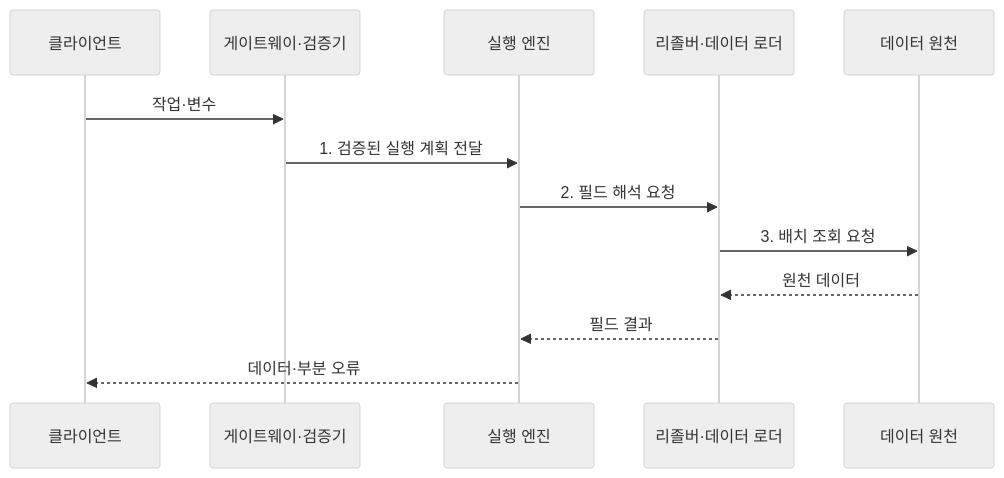
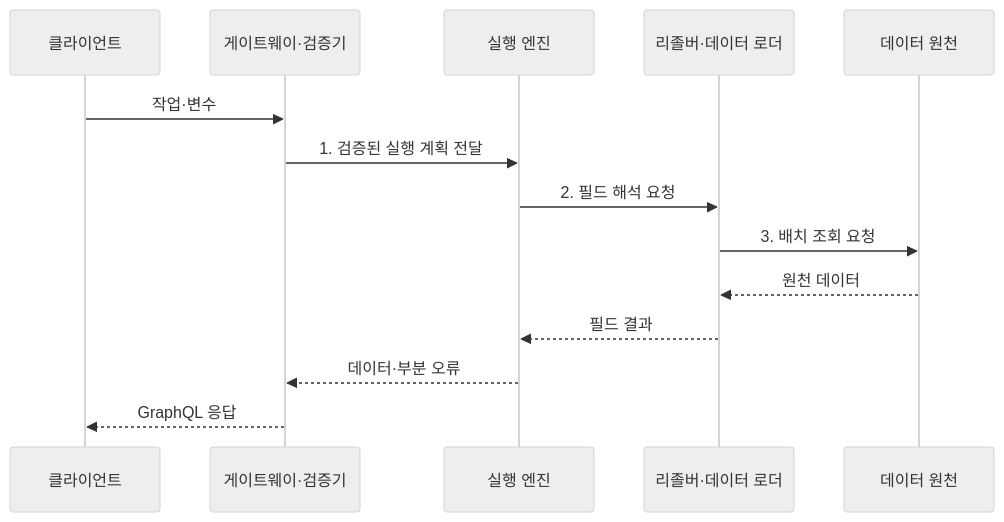
Before and after one commit to agnusdei1207/knowledge-base: the second of 2 diagrams in src/content/docs/notes/03-software/172_graphql.md, drawn with Mermaid (neutral theme). The commit also changed other lines of this file and 8 other files, not shown here.

````diff
--- a/src/content/docs/notes/03-software/172_graphql.md
+++ b/src/content/docs/notes/03-software/172_graphql.md
@@ -86,15 +86,16 @@
 ```mermaid
 sequenceDiagram
     participant C as 클라이언트
     participant G as 게이트웨이·검증기
     participant E as 실행 엔진
     participant R as 리졸버·데이터 로더
     participant D as 데이터 원천
     C->>G: 작업·변수
     G->>E: 1. 검증된 실행 계획 전달
     E->>R: 2. 필드 해석 요청
     R->>D: 3. 배치 조회 요청
     D-->>R: 원천 데이터
     R-->>E: 필드 결과
-    E-->>C: 데이터·부분 오류
+    E-->>G: 데이터·부분 오류
+    G-->>C: GraphQL 응답
 ```
````
